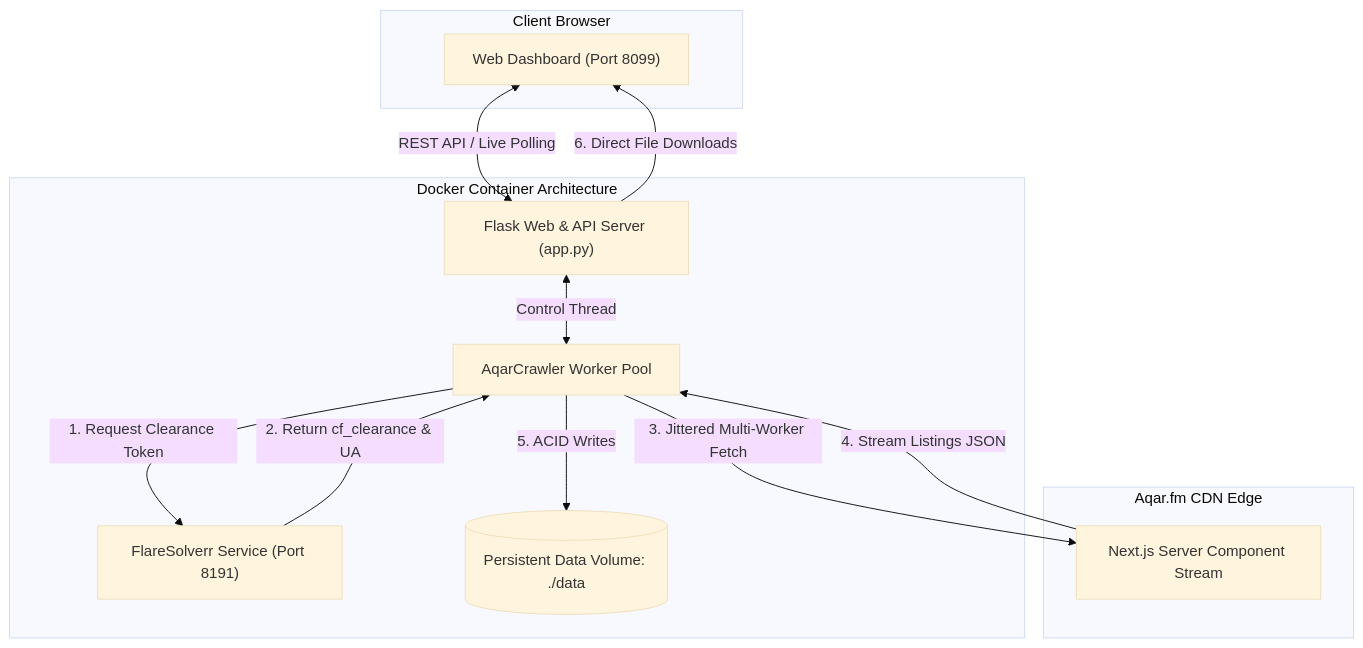
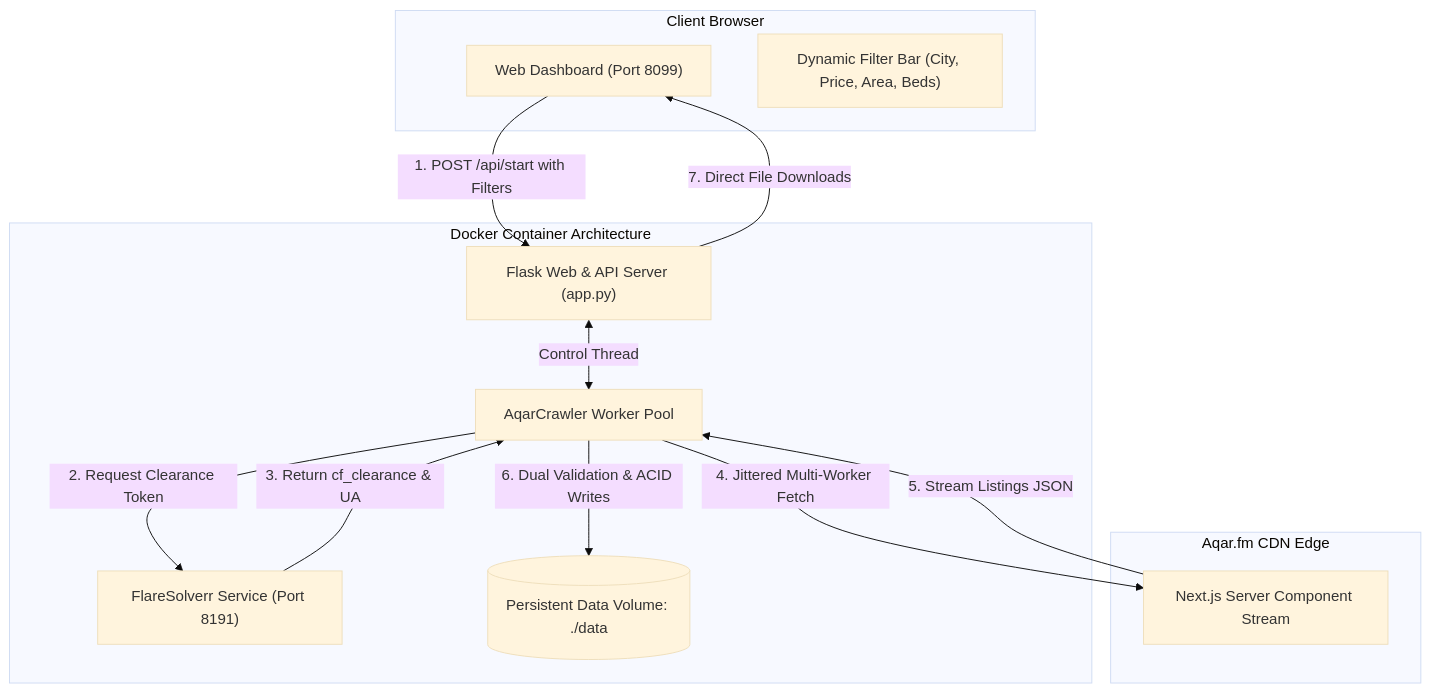
Before and after one commit to iHosam/ScrapeDatAqar: the diagram in README.md, drawn with Mermaid (base theme). The commit also changed other lines of this file and 5 other files, not shown here.

Commit message:
feat: release v2.0.2 with dynamic multi-city selection, category filter, price & area range sliders, neighborhood and beds filters

````diff
--- a/README.md
+++ b/README.md
@@ -27,26 +32,27 @@
 ```mermaid
 flowchart TD
     subgraph Client ["Client Browser"]
         UI["Web Dashboard (Port 8099)"]
+        Filters["Dynamic Filter Bar (City, Price, Area, Beds)"]
     end
 
     subgraph DockerEnv ["Docker Container Architecture"]
         WebServer["Flask Web & API Server (app.py)"]
         CrawlerDaemon["AqarCrawler Worker Pool"]
         FSContainer["FlareSolverr Service (Port 8191)"]
         VolData[("Persistent Data Volume: ./data")]
     end
 
     subgraph AqarCDN ["Aqar.fm CDN Edge"]
         NextStream["Next.js Server Component Stream"]
     end
 
-    UI <-->|"REST API / Live Polling"| WebServer
+    UI -->|"1. POST /api/start with Filters"| WebServer
     WebServer <-->|"Control Thread"| CrawlerDaemon
-    CrawlerDaemon -->|"1. Request Clearance Token"| FSContainer
-    FSContainer -->|"2. Return cf_clearance & UA"| CrawlerDaemon
-    CrawlerDaemon -->|"3. Jittered Multi-Worker Fetch"| NextStream
-    NextStream -->|"4. Stream Listings JSON"| CrawlerDaemon
-    CrawlerDaemon -->|"5. ACID Writes"| VolData
-    WebServer -->|"6. Direct File Downloads"| UI
+    CrawlerDaemon -->|"2. Request Clearance Token"| FSContainer
+    FSContainer -->|"3. Return cf_clearance & UA"| CrawlerDaemon
+    CrawlerDaemon -->|"4. Jittered Multi-Worker Fetch"| NextStream
+    NextStream -->|"5. Stream Listings JSON"| CrawlerDaemon
+    CrawlerDaemon -->|"6. Dual Validation & ACID Writes"| VolData
+    WebServer -->|"7. Direct File Downloads"| UI
 ```
````
